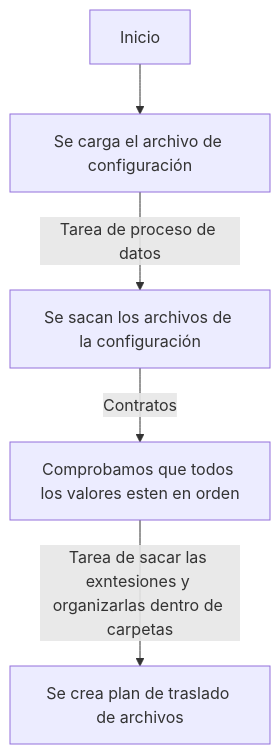
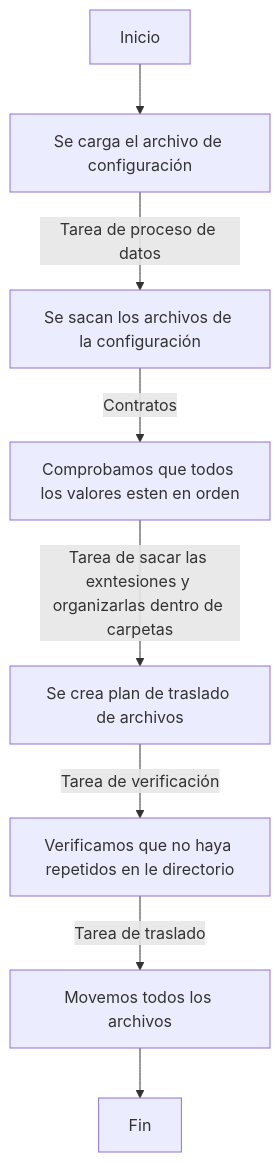
The second of 2 diagrams in doc/documentacion_tecnica/index.md (CristopherDev63/automatizacion-archivos), drawn with Mermaid before and after one commit.

Commit message:
documentacion

````diff
--- a/doc/documentacion_tecnica/index.md
+++ b/doc/documentacion_tecnica/index.md
@@ -13,7 +13,10 @@
 ```mermaid 
 graph TD 
     A[Inicio] --> B[Se carga el archivo de configuración]
     B --> |Tarea de proceso de datos| C[Se sacan los archivos de la configuración]
     C --> |Contratos| D[Comprobamos que todos los valores esten en orden]
     D --> |Tarea de sacar las exntesiones y organizarlas dentro de carpetas| E[Se crea plan de traslado de archivos]
+    E --> |Tarea de verificación| G[Verificamos que no haya repetidos en le directorio]
+    G --> |Tarea de traslado| F[Movemos todos los archivos] 
+    F --> H[Fin]
 ```
````
